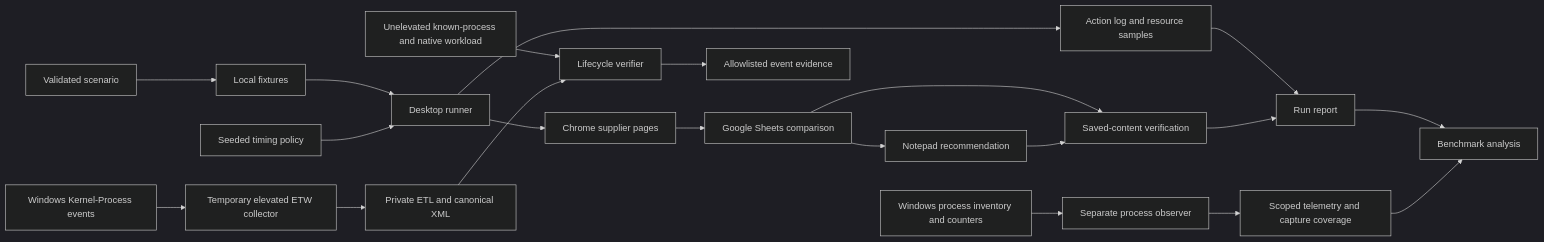
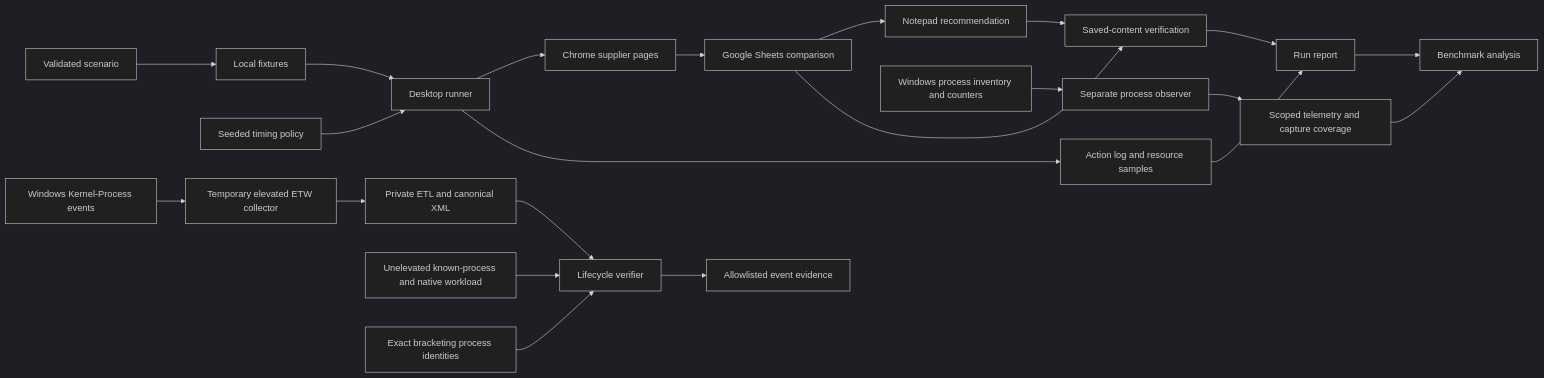
The diagram in docs/ARCHITECTURE.md (ajayasai/office-twin-ntu-st-2026), drawn with Mermaid (dark theme) before and after one commit. The commit also changed other lines of this file and 16 other files, not shown here.

````diff
--- a/docs/ARCHITECTURE.md
+++ b/docs/ARCHITECTURE.md
@@ -5,23 +5,24 @@
 ```mermaid
 flowchart LR
     A[Validated scenario] --> B[Local fixtures]
     B --> C[Desktop runner]
     T[Seeded timing policy] --> C
     C --> D[Chrome supplier pages]
     D --> E[Google Sheets comparison]
     E --> F[Notepad recommendation]
     C --> G[Action log and resource samples]
     E --> H[Saved-content verification]
     F --> H
     G --> I[Run report]
     H --> I
     J[Windows process inventory and counters] --> K[Separate process observer]
     K --> L[Scoped telemetry and capture coverage]
     I --> M[Benchmark analysis]
     L --> M
     N[Windows Kernel-Process events] --> O[Temporary elevated ETW collector]
     O --> P[Private ETL and canonical XML]
     Q[Unelevated known-process and native workload] --> R[Lifecycle verifier]
     P --> R
+    U[Exact bracketing process identities] --> R
     R --> S[Allowlisted event evidence]
 ```
````
